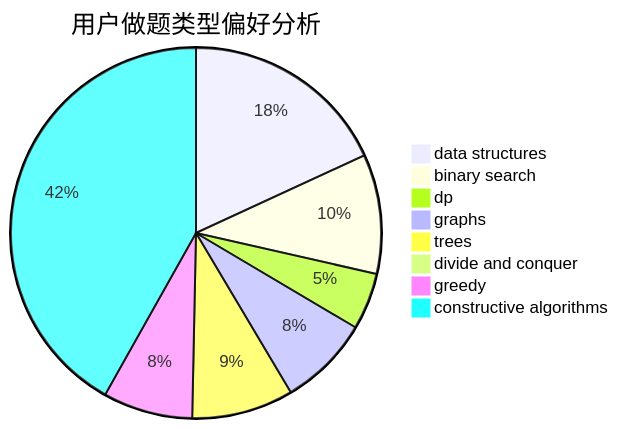
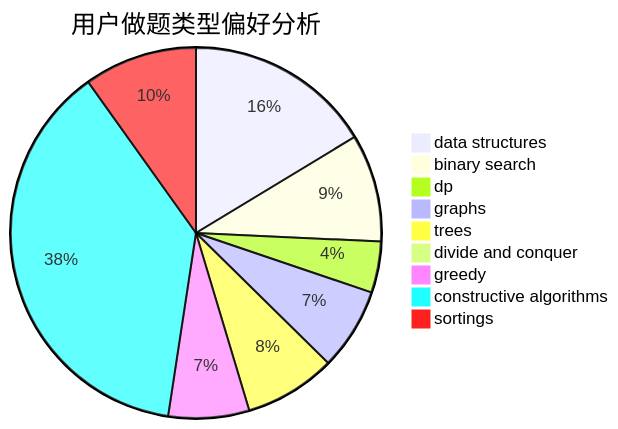
Before and after one commit to sherpahu/cfrs.github.io: the second of 3 diagrams in docs/user/u1140.md, drawn with Mermaid. The commit also changed other lines of this file and 2769 other files, not shown here.

````diff
--- a/docs/user/u1140.md
+++ b/docs/user/u1140.md
@@ -23,11 +18,12 @@
 ```mermaid
 pie title 用户做题类型偏好分析
     "data structures" :  139
     "binary search" :  80
     "dp" :  38
     "graphs" :  61
     "trees" :  68
     "divide and conquer" :  0
     "greedy" :  60
     "constructive algorithms" :  321
+    "sortings" :  84
 ```
````
